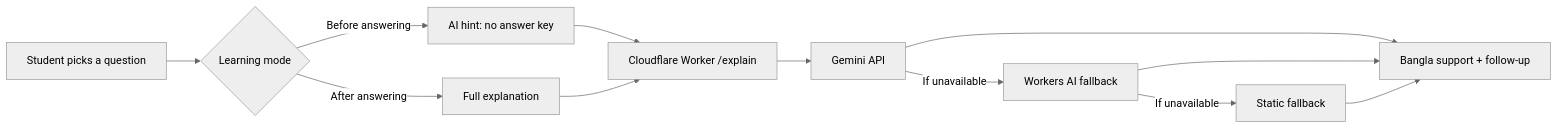
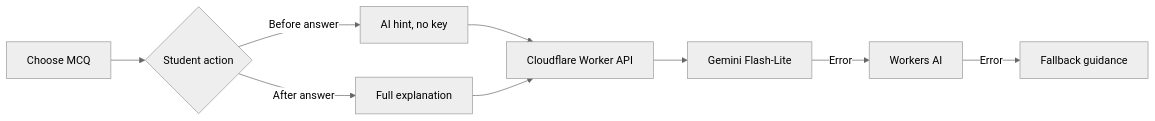
Before and after one commit to arafat-rahman-lisan/ict-mcq-practice: the diagram in README.md, drawn with Mermaid (neutral theme). The commit also changed other lines of this file and 10 other files, not shown here.

````diff
--- a/README.md
+++ b/README.md
@@ -19,14 +23,11 @@
 ```mermaid
 flowchart LR
-  A[Student picks a question] --> B{Learning mode}
-  B -->|Before answering| C[AI hint: no answer key]
-  B -->|After answering| D[Full explanation]
-  C --> E[Cloudflare Worker /explain]
+  A[Choose MCQ] --> B{Student action}
+  B -->|Before answer| C[AI hint, no key]
+  B -->|After answer| D[Full explanation]
+  C --> E[Cloudflare Worker API]
   D --> E
-  E --> F[Gemini API]
-  F -->|If unavailable| G[Workers AI fallback]
-  G -->|If unavailable| H[Static fallback]
-  F --> I[Bangla support + follow-up]
-  G --> I
-  H --> I
+  E --> F[Gemini Flash-Lite]
+  F -->|Error| G[Workers AI]
+  G -->|Error| H[Fallback guidance]
 ```
````
